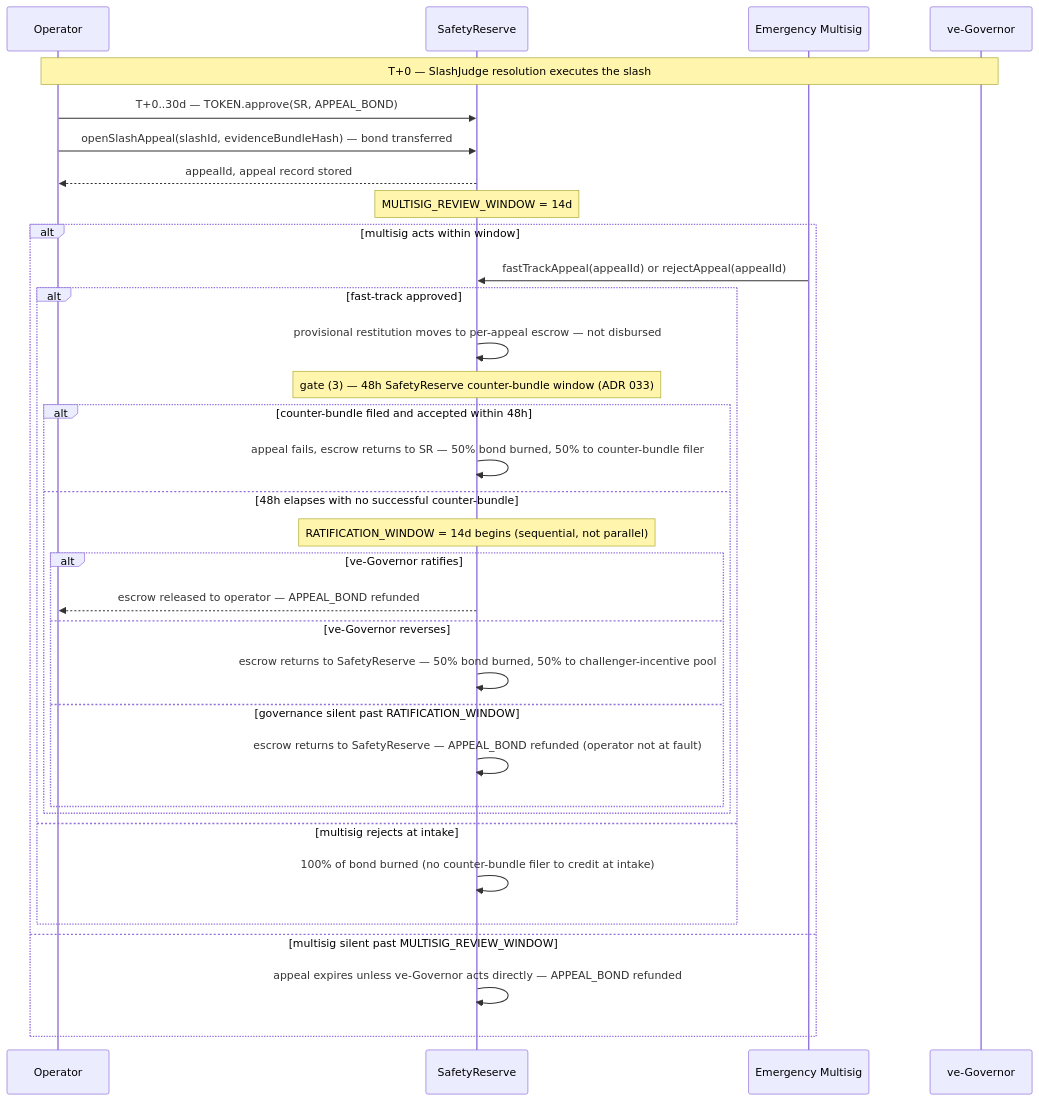
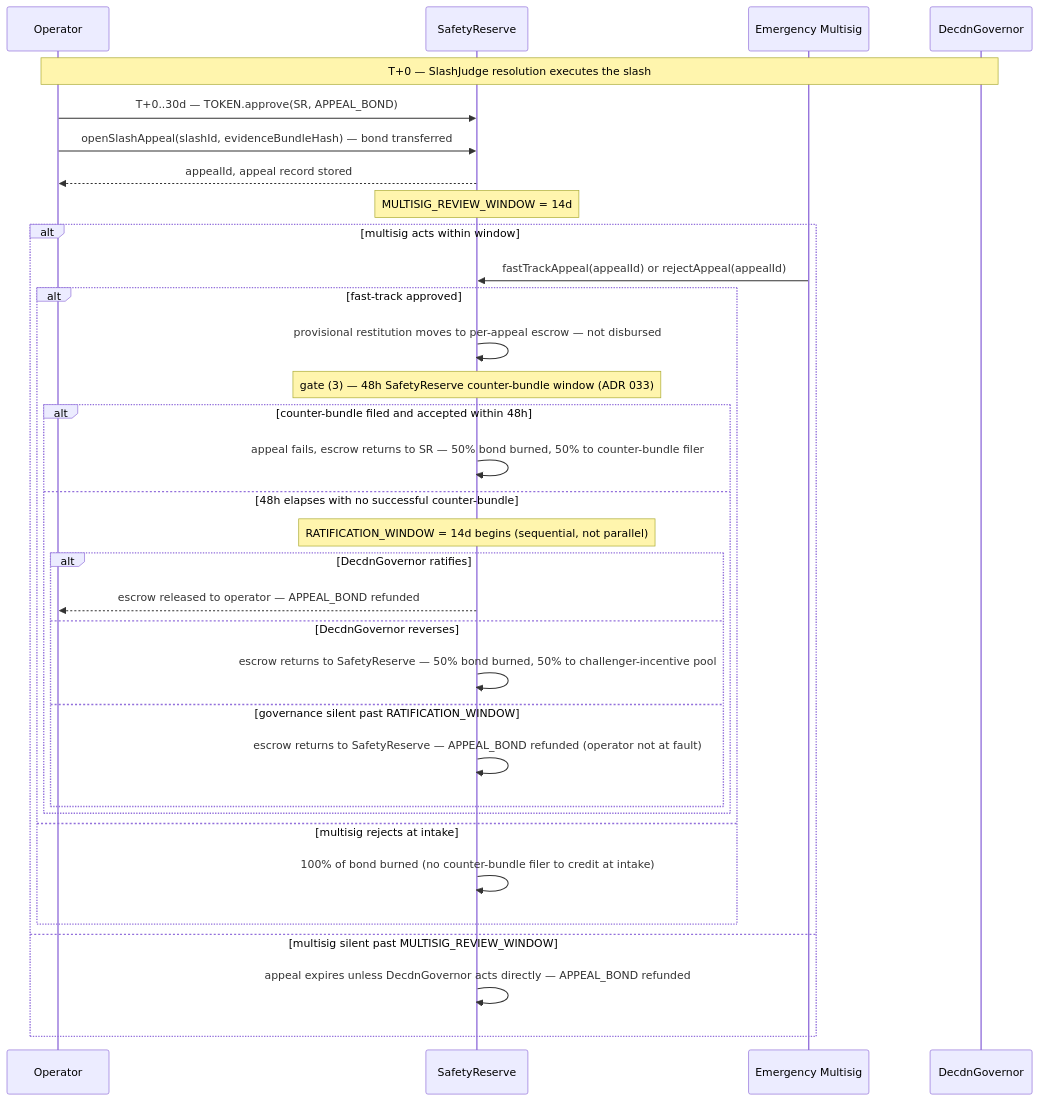
The diagram in adr/028-slashing-appeals.md (decdn/decdn), drawn with Mermaid before and after one commit. The commit also changed other lines of this file and 38 other files, not shown here.

````diff
--- a/adr/028-slashing-appeals.md
+++ b/adr/028-slashing-appeals.md
@@ -25,35 +26,35 @@
 ```mermaid
 sequenceDiagram
     participant Op as Operator
     participant SR as SafetyReserve
     participant EM as Emergency Multisig
-    participant Gov as ve-Governor
+    participant Gov as DecdnGovernor
     Note over Op,Gov: T+0 — SlashJudge resolution executes the slash
     Op->>SR: T+0..30d — TOKEN.approve(SR, APPEAL_BOND)
     Op->>SR: openSlashAppeal(slashId, evidenceBundleHash) — bond transferred
     SR-->>Op: appealId, appeal record stored
     Note over SR: MULTISIG_REVIEW_WINDOW = 14d
     alt multisig acts within window
         EM->>SR: fastTrackAppeal(appealId) or rejectAppeal(appealId)
         alt fast-track approved
             SR->>SR: provisional restitution moves to per-appeal escrow — not disbursed
             Note over SR: gate (3) — 48h SafetyReserve counter-bundle window (ADR 033)
             alt counter-bundle filed and accepted within 48h
                 SR->>SR: appeal fails, escrow returns to SR — 50% bond burned, 50% to counter-bundle filer
             else 48h elapses with no successful counter-bundle
                 Note over SR: RATIFICATION_WINDOW = 14d begins (sequential, not parallel)
-                alt ve-Governor ratifies
+                alt DecdnGovernor ratifies
                     SR-->>Op: escrow released to operator — APPEAL_BOND refunded
-                else ve-Governor reverses
+                else DecdnGovernor reverses
                     SR->>SR: escrow returns to SafetyReserve — 50% bond burned, 50% to challenger-incentive pool
                 else governance silent past RATIFICATION_WINDOW
                     SR->>SR: escrow returns to SafetyReserve — APPEAL_BOND refunded (operator not at fault)
                 end
             end
         else multisig rejects at intake
             SR->>SR: 100% of bond burned (no counter-bundle filer to credit at intake)
         end
     else multisig silent past MULTISIG_REVIEW_WINDOW
-        SR->>SR: appeal expires unless ve-Governor acts directly — APPEAL_BOND refunded
+        SR->>SR: appeal expires unless DecdnGovernor acts directly — APPEAL_BOND refunded
     end
 ```
````
